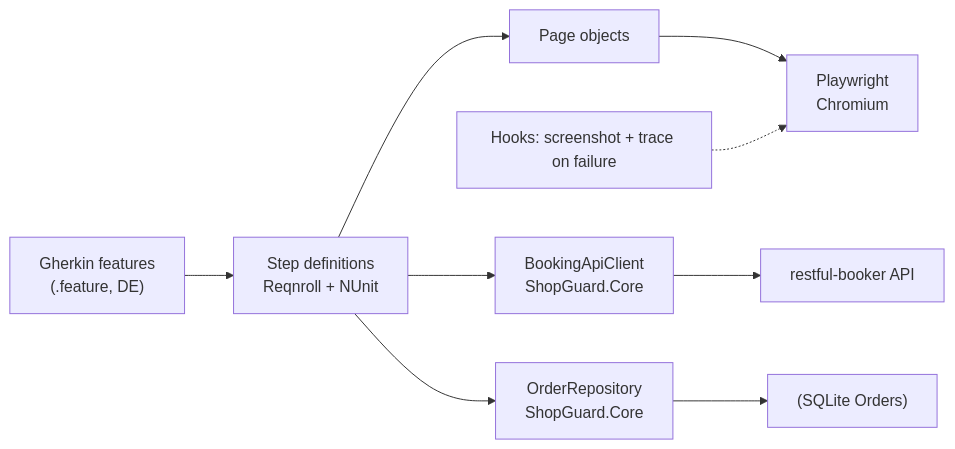
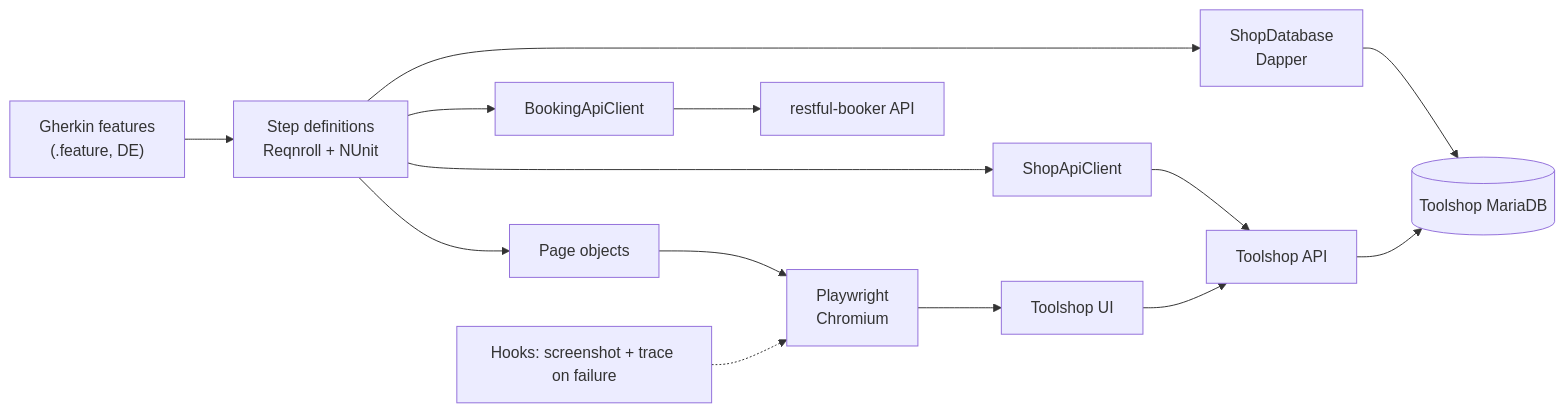
Before and after one commit to AdrianDeutsch/ShopGuard: the first of 2 diagrams in README.md, drawn with Mermaid. The commit also changed other lines of this file and 12 other files, not shown here.

````diff
--- a/README.md
+++ b/README.md
@@ -81,11 +108,10 @@
 ```mermaid
 flowchart LR
-  A["Gherkin features<br/>(.feature, DE)"] --> B["Step definitions<br/>Reqnroll + NUnit"]
-  B --> C["Page objects"]
-  B --> D["BookingApiClient<br/>ShopGuard.Core"]
-  B --> E["OrderRepository<br/>ShopGuard.Core"]
-  C --> F["Playwright<br/>Chromium"]
-  D --> G["restful-booker API"]
-  E --> H["(SQLite Orders)"]
-  I["Hooks: screenshot + trace on failure"] -.-> F
+  F["Gherkin features<br/>(.feature, DE)"] --> S["Step definitions<br/>Reqnroll + NUnit"]
+  S --> P["Page objects"] --> W["Playwright<br/>Chromium"] --> UI["Toolshop UI"]
+  S --> SA["ShopApiClient"] --> API["Toolshop API"]
+  S --> SD["ShopDatabase<br/>Dapper"] --> DB[("Toolshop MariaDB")]
+  S --> BA["BookingApiClient"] --> RB["restful-booker API"]
+  UI --> API --> DB
+  H["Hooks: screenshot + trace on failure"] -.-> W
 ```
````
